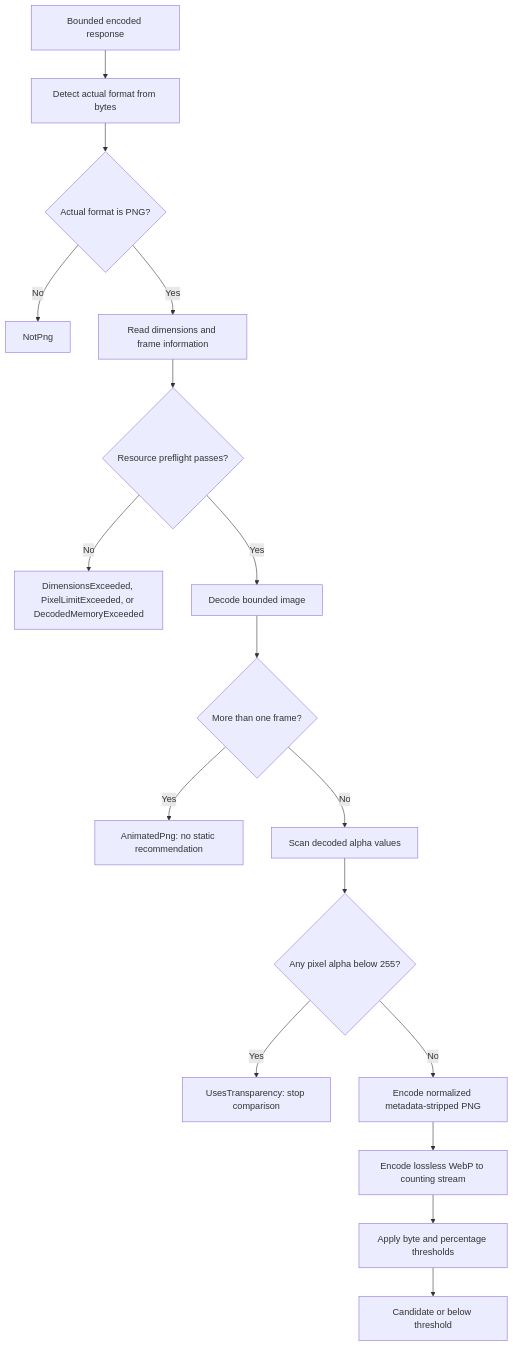
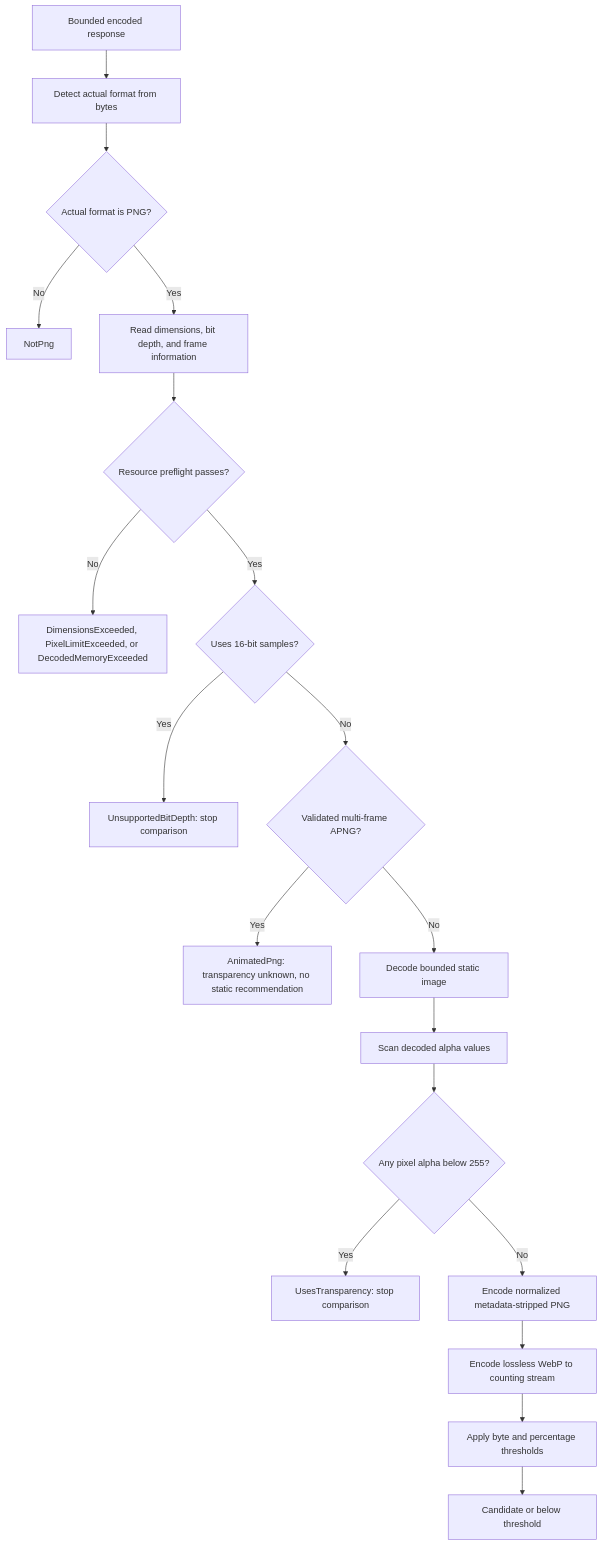
Before and after one commit to hadinajem52/WebHealthProject: the fifth of 9 diagrams in docs/General/PNG_Image_Audit_Explained.md, drawn with Mermaid. The commit also changed other lines of this file and 13 other files, not shown here.

First line of the commit message:
Implement PNG Image Analysis and Validation Features

````diff
--- a/docs/General/PNG_Image_Audit_Explained.md
+++ b/docs/General/PNG_Image_Audit_Explained.md
@@ -328,19 +328,21 @@
 ```mermaid
 flowchart TD
     A[Bounded encoded response] --> B[Detect actual format from bytes]
     B --> C{Actual format is PNG?}
     C -->|No| D[NotPng]
-    C -->|Yes| E[Read dimensions and frame information]
+    C -->|Yes| E[Read dimensions, bit depth, and frame information]
     E --> F{Resource preflight passes?}
     F -->|No| G[DimensionsExceeded, PixelLimitExceeded, or DecodedMemoryExceeded]
-    F -->|Yes| H[Decode bounded image]
-    H --> I{More than one frame?}
-    I -->|Yes| J[AnimatedPng: no static recommendation]
-    I -->|No| K[Scan decoded alpha values]
-    K --> L{Any pixel alpha below 255?}
-    L -->|Yes| M[UsesTransparency: stop comparison]
-    L -->|No| N[Encode normalized metadata-stripped PNG]
-    N --> O[Encode lossless WebP to counting stream]
-    O --> P[Apply byte and percentage thresholds]
-    P --> Q[Candidate or below threshold]
+    F -->|Yes| H{Uses 16-bit samples?}
+    H -->|Yes| I[UnsupportedBitDepth: stop comparison]
+    H -->|No| J{Validated multi-frame APNG?}
+    J -->|Yes| K[AnimatedPng: transparency unknown, no static recommendation]
+    J -->|No| L[Decode bounded static image]
+    L --> M[Scan decoded alpha values]
+    M --> N{Any pixel alpha below 255?}
+    N -->|Yes| O[UsesTransparency: stop comparison]
+    N -->|No| P[Encode normalized metadata-stripped PNG]
+    P --> Q[Encode lossless WebP to counting stream]
+    Q --> R[Apply byte and percentage thresholds]
+    R --> S[Candidate or below threshold]
 ```
````
